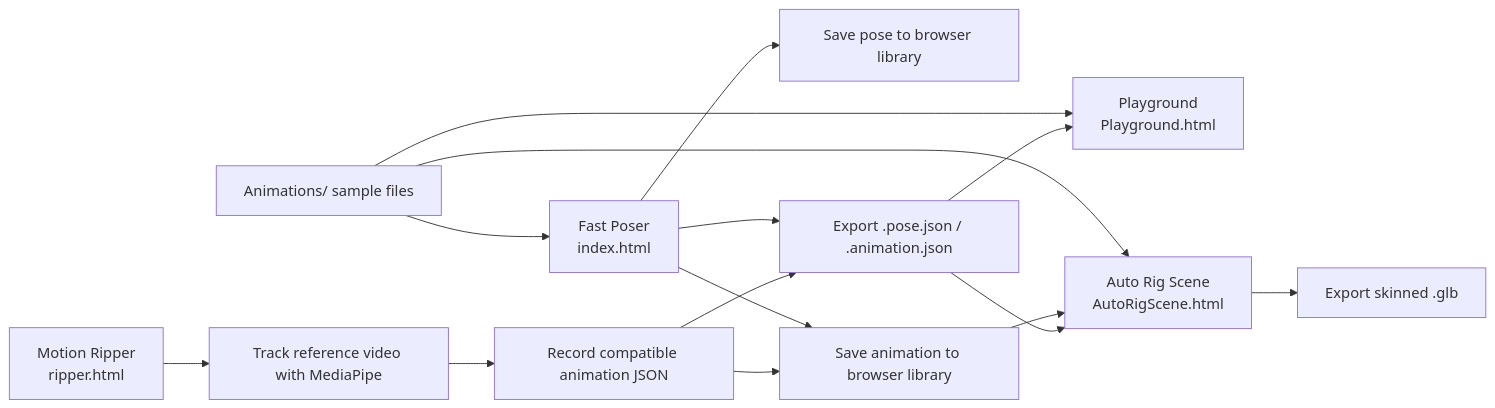
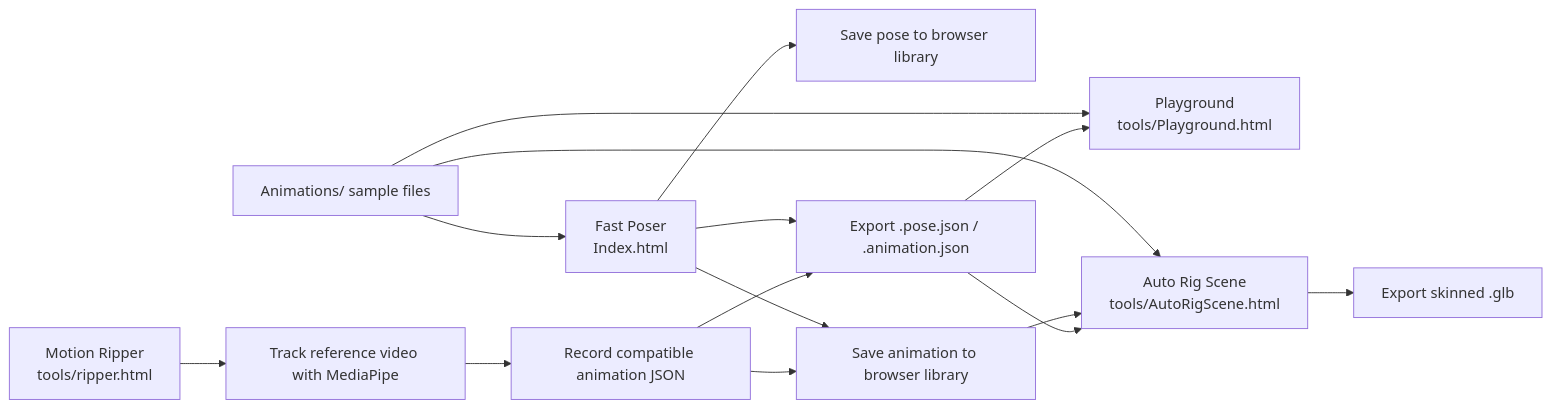
One commit to ilatroce/Animateur changed the diagram in README.md. Above: the diagram before and after it, drawn with Mermaid. The commit also changed other lines of this file and 409 other files, not shown here.

````diff
--- a/README.md
+++ b/README.md
@@ -44,17 +45,17 @@
 ```mermaid
 flowchart LR
-    A["Fast Poser<br/>index.html"] --> B["Save pose to browser library"]
+    A["Fast Poser<br/>Index.html"] --> B["Save pose to browser library"]
     A --> C["Save animation to browser library"]
     A --> D["Export .pose.json / .animation.json"]
-    E["Motion Ripper<br/>ripper.html"] --> F["Track reference video with MediaPipe"]
+    E["Motion Ripper<br/>tools/ripper.html"] --> F["Track reference video with MediaPipe"]
     F --> G["Record compatible animation JSON"]
     G --> C
     G --> D
     H["Animations/ sample files"] --> A
-    H --> I["Playground<br/>Playground.html"]
-    H --> J["Auto Rig Scene<br/>AutoRigScene.html"]
+    H --> I["Playground<br/>tools/Playground.html"]
+    H --> J["Auto Rig Scene<br/>tools/AutoRigScene.html"]
     C --> J
     D --> I
     D --> J
     J --> K["Export skinned .glb"]
 ```
````
